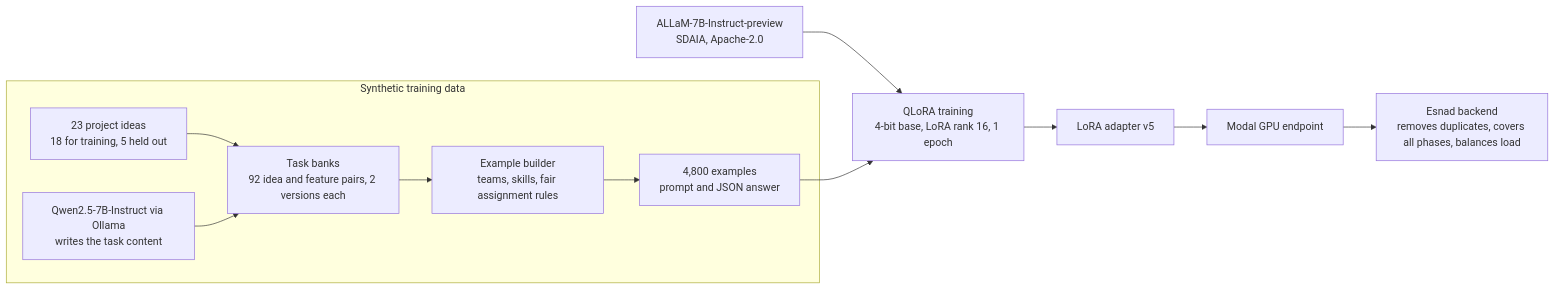
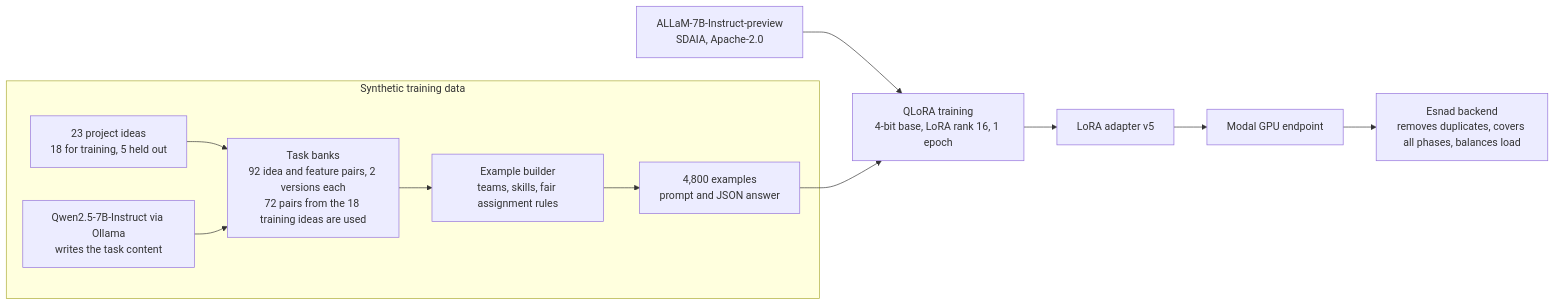
One commit to 67099/EsnadAI changed the diagram in README.md. Above: the diagram before and after it, drawn with Mermaid. The commit also changed other lines of this file and 2 other files, not shown here.

First line of the commit message:
Correct the README numbers and add a demo of the task breakdown

````diff
--- a/README.md
+++ b/README.md
@@ -23,14 +27,14 @@
 ```mermaid
 flowchart LR
   A["ALLaM-7B-Instruct-preview<br/>SDAIA, Apache-2.0"] --> T
   subgraph Data ["Synthetic training data"]
     I["23 project ideas<br/>18 for training, 5 held out"] --> B
-    Q["Qwen2.5-7B-Instruct via Ollama<br/>writes the task content"] --> B["Task banks<br/>92 idea and feature pairs, 2 versions each"]
+    Q["Qwen2.5-7B-Instruct via Ollama<br/>writes the task content"] --> B["Task banks<br/>92 idea and feature pairs, 2 versions each<br/>72 pairs from the 18 training ideas are used"]
     B --> S["Example builder<br/>teams, skills, fair assignment rules"]
     S --> D["4,800 examples<br/>prompt and JSON answer"]
   end
   D --> T["QLoRA training<br/>4-bit base, LoRA rank 16, 1 epoch"]
   T --> L["LoRA adapter v5"]
   L --> M["Modal GPU endpoint"]
   M --> E["Esnad backend<br/>removes duplicates, covers all phases, balances load"]
 ```
````
